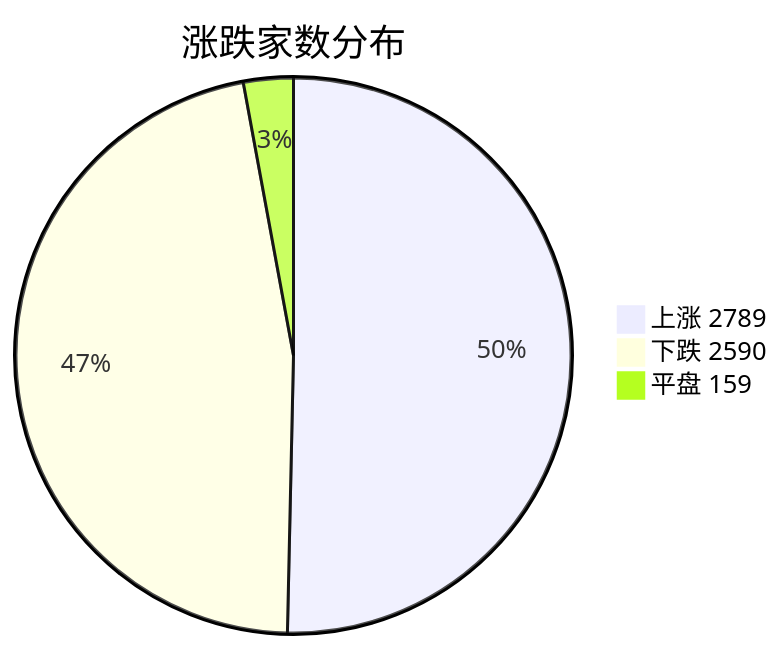
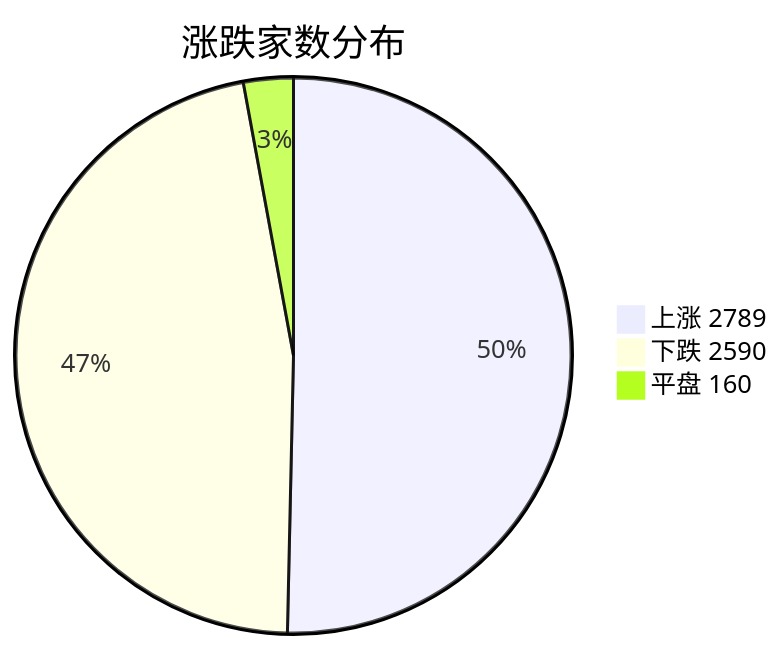
Before and after one commit to Zealous1219/research-findings-publication: the third of 4 diagrams in docs/a-share-briefings/2026-08-06.md, drawn with Mermaid. The commit also changed other lines of this file, not shown here.

````diff
--- a/docs/a-share-briefings/2026-08-06.md
+++ b/docs/a-share-briefings/2026-08-06.md
@@ -74,6 +63,6 @@
 ```mermaid
 pie title 涨跌家数分布
     "上涨 2789" : 50.4
     "下跌 2590" : 46.8
-    "平盘 159" : 2.9
+    "平盘 160" : 2.9
 ```
````
